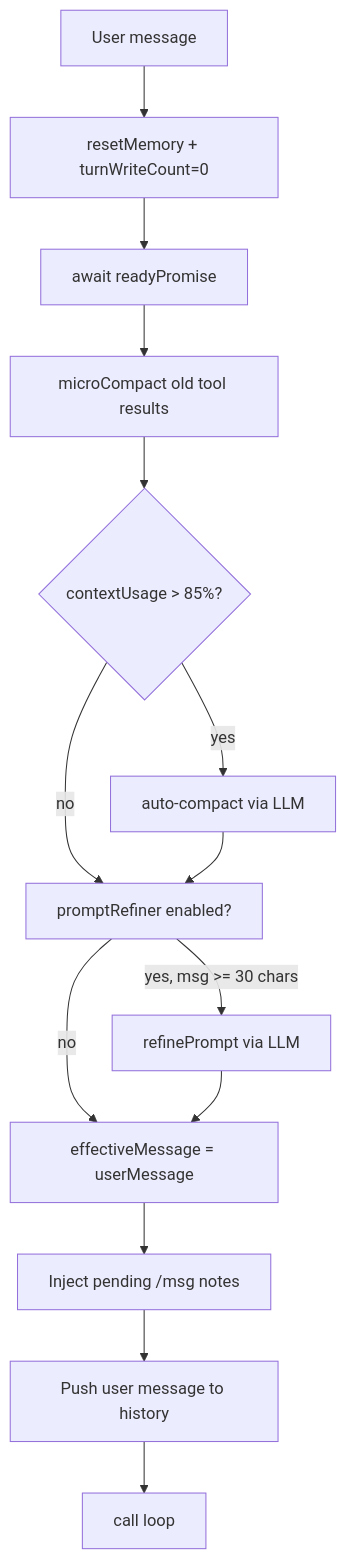
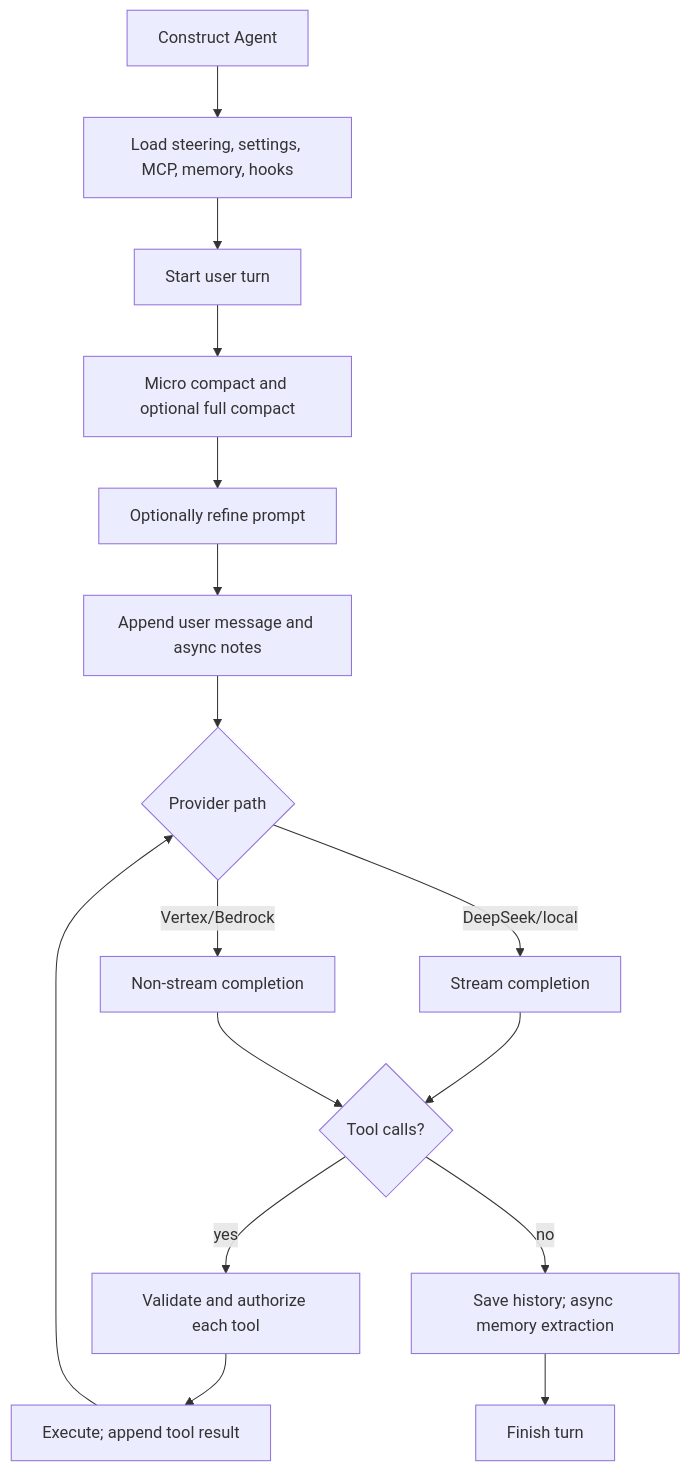
One commit to Hermenics/deepseek-code changed the diagram in _reversa_sdd/flowcharts/agent.md. Above: the diagram before and after it, drawn with Mermaid. The commit also changed other lines of this file and 151 other files, not shown here.

First line of the commit message:
docs(agents): reorganize skill documentation and expand SDD architecture

````diff
--- a/_reversa_sdd/flowcharts/agent.md
+++ b/_reversa_sdd/flowcharts/agent.md
@@ -8,16 +3,18 @@
 ```mermaid
 flowchart TD
-    A[User message] --> B[resetMemory + turnWriteCount=0]
-    B --> C[await readyPromise]
-    C --> D[microCompact old tool results]
-    D --> E{contextUsage > 85%?}
-    E -->|yes| F[auto-compact via LLM]
-    E -->|no| G[promptRefiner enabled?]
-    F --> G
-    G -->|yes, msg >= 30 chars| H[refinePrompt via LLM]
-    G -->|no| I[effectiveMessage = userMessage]
-    H --> I
-    I --> J[Inject pending /msg notes]
-    J --> K[Push user message to history]
-    K --> L[call loop]
+  A[Construct Agent] --> B[Load steering, settings, MCP, memory, hooks]
+  B --> C[Start user turn]
+  C --> D[Micro compact and optional full compact]
+  D --> E[Optionally refine prompt]
+  E --> F[Append user message and async notes]
+  F --> G{Provider path}
+  G -->|DeepSeek/local| H[Stream completion]
+  G -->|Vertex/Bedrock| I[Non-stream completion]
+  H --> J{Tool calls?}
+  I --> J
+  J -->|yes| K[Validate and authorize each tool]
+  K --> L[Execute; append tool result]
+  L --> G
+  J -->|no| M[Save history; async memory extraction]
+  M --> N[Finish turn]
 ```
````
